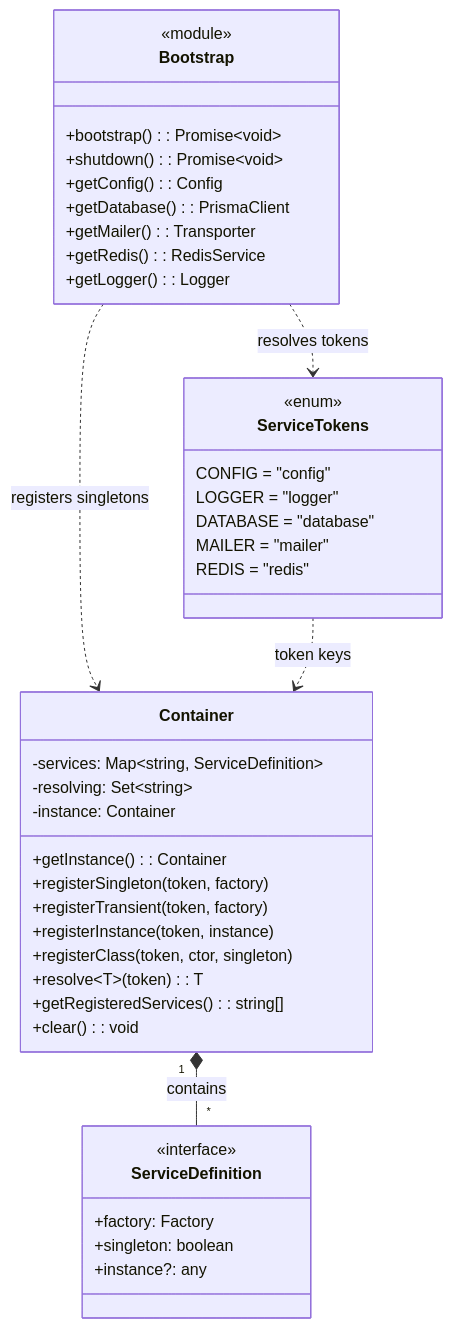
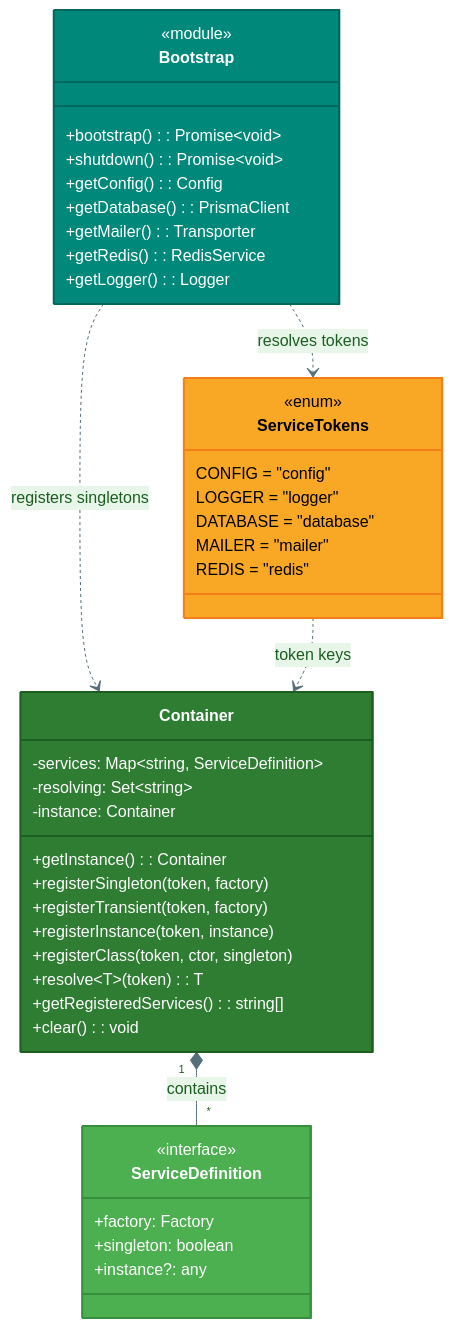
Before and after one commit to luna-gindra/c4-architecture-hono-api-seminar: the second of 12 diagrams in architecture-c4-level4.md, drawn with Mermaid. The commit also changed other lines of this file and 1 other file, not shown here.

First line of the commit message:
🎨 Add colorful styling to all C4 architecture diagrams

````diff
--- a/architecture-c4-level4.md
+++ b/architecture-c4-level4.md
@@ -68,48 +107,59 @@
 ```mermaid
+%%{init: {"theme": "base", "themeVariables": {
+    "primaryColor": "#E8F5E9",
+    "primaryTextColor": "#1B5E20",
+    "lineColor": "#546E7A",
+    "fontSize": 13
+}}}%%
 classDiagram
     class Container {
         -services: Map~string, ServiceDefinition~
         -resolving: Set~string~
         -instance: Container
         +getInstance(): Container
         +registerSingleton(token, factory)
         +registerTransient(token, factory)
         +registerInstance(token, instance)
         +registerClass(token, ctor, singleton)
         +resolve~T~(token): T
         +getRegisteredServices(): string[]
         +clear(): void
     }
 
     class ServiceDefinition {
         <<interface>>
         +factory: Factory
         +singleton: boolean
         +instance?: any
     }
 
     class Bootstrap {
         <<module>>
         +bootstrap(): Promise~void~
         +shutdown(): Promise~void~
         +getConfig(): Config
         +getDatabase(): PrismaClient
         +getMailer(): Transporter
         +getRedis(): RedisService
         +getLogger(): Logger
     }
 
     class ServiceTokens {
         <<enum>>
         CONFIG = "config"
         LOGGER = "logger"
         DATABASE = "database"
         MAILER = "mailer"
         REDIS = "redis"
     }
 
     Container "1" *-- "*" ServiceDefinition : contains
     Bootstrap ..> Container : registers singletons
     Bootstrap ..> ServiceTokens : resolves tokens
     ServiceTokens ..> Container : token keys
+
+    style Container fill:#2E7D32,color:#fff,stroke:#1B5E20,stroke-width:2px
+    style ServiceDefinition fill:#4CAF50,color:#fff,stroke:#388E3C,stroke-width:2px
+    style Bootstrap fill:#00897B,color:#fff,stroke:#00695C,stroke-width:2px
+    style ServiceTokens fill:#F9A825,color:#000,stroke:#F57F17,stroke-width:2px
 ```
````
